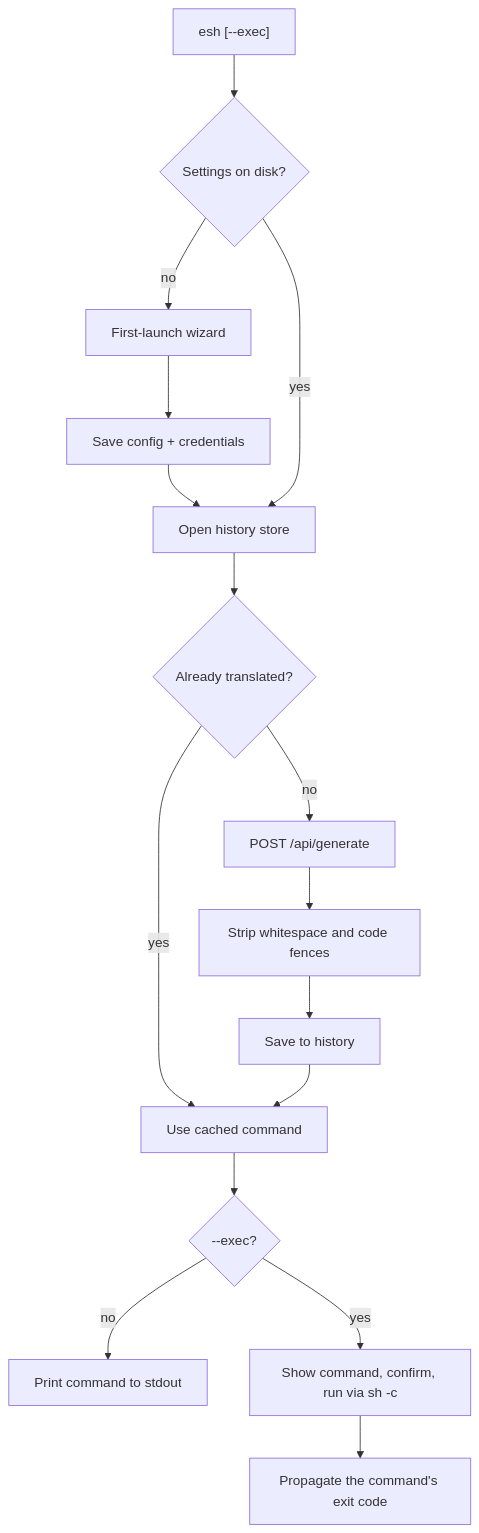
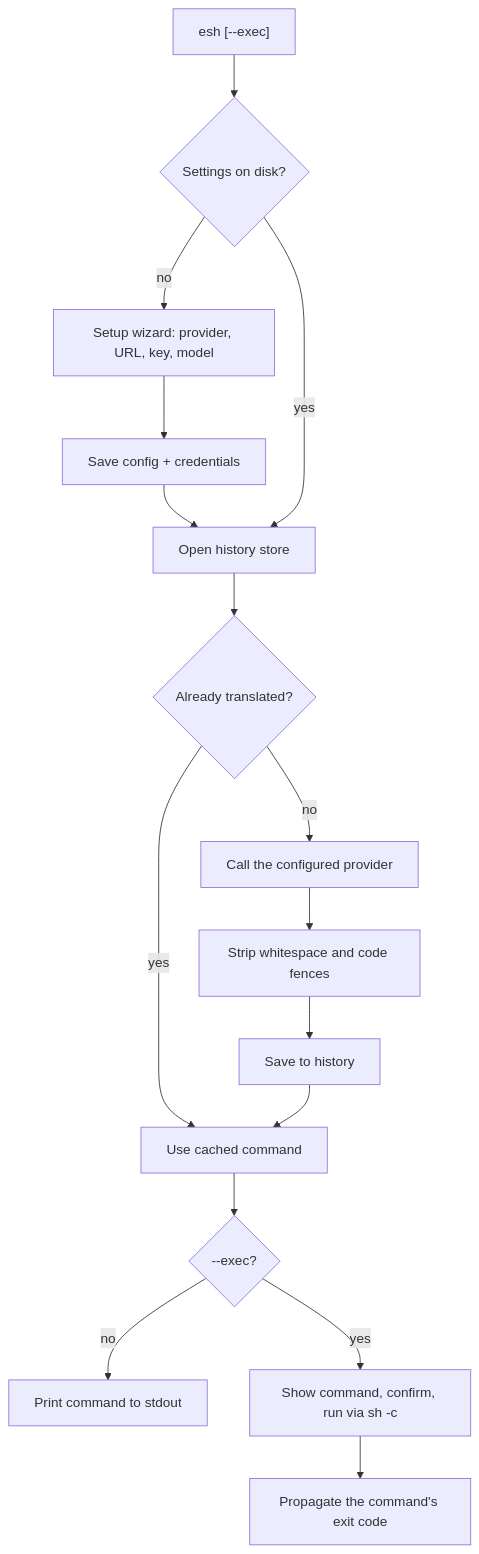
One commit to numericalworks/esh changed the diagram in README.md. Above: the diagram before and after it, drawn with Mermaid. The commit also changed other lines of this file and 7 other files, not shown here.

````diff
--- a/README.md
+++ b/README.md
@@ -177,18 +217,18 @@
 ```mermaid
 flowchart TD
     A["esh [--exec] <english>"] --> B{Settings on disk?}
-    B -- no --> C[First-launch wizard]
+    B -- no --> C[Setup wizard: provider, URL, key, model]
     C --> D[Save config + credentials]
     D --> E
     B -- yes --> E[Open history store]
     E --> F{Already translated?}
     F -- yes --> G[Use cached command]
-    F -- no --> H["POST /api/generate"]
+    F -- no --> H["Call the configured provider"]
     H --> I[Strip whitespace and code fences]
     I --> J[Save to history]
     J --> G
     G --> K{--exec?}
     K -- no --> L[Print command to stdout]
     K -- yes --> M[Show command, confirm, run via sh -c]
     M --> N[Propagate the command's exit code]
 ```
````
